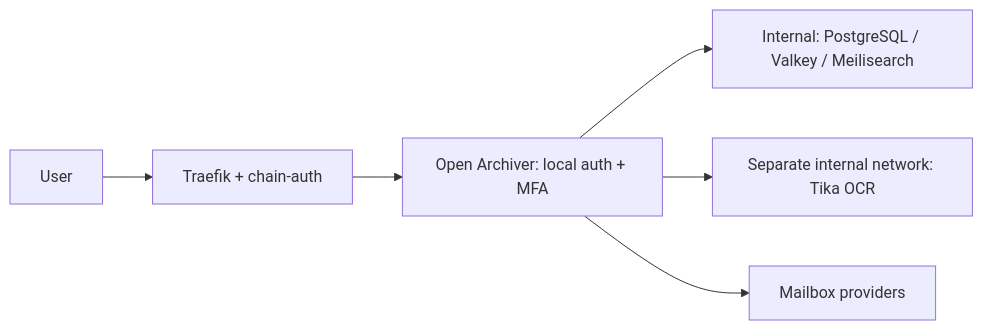
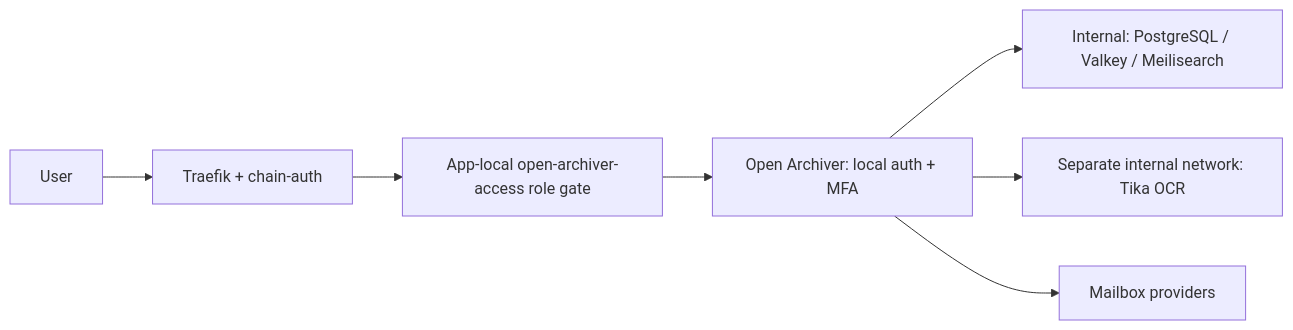
The third of 4 diagrams in docs/ARCHITECTURE.md (DevSecNinja/truenas-apps), drawn with Mermaid before and after one commit. The commit also changed other lines of this file and 12 other files, not shown here.

First line of the commit message:
fix(open-archiver): address adoption review findings

````diff
--- a/docs/ARCHITECTURE.md
+++ b/docs/ARCHITECTURE.md
@@ -870,8 +900,9 @@
 ```mermaid
 flowchart LR
     User --> Gate["Traefik + chain-auth"]
-    Gate --> App["Open Archiver: local auth + MFA"]
+    Gate --> Role["App-local open-archiver-access role gate"]
+    Role --> App["Open Archiver: local auth + MFA"]
     App --> Backend["Internal: PostgreSQL / Valkey / Meilisearch"]
     App --> Parser["Separate internal network: Tika OCR"]
     App --> Mail["Mailbox providers"]
 ```
````
